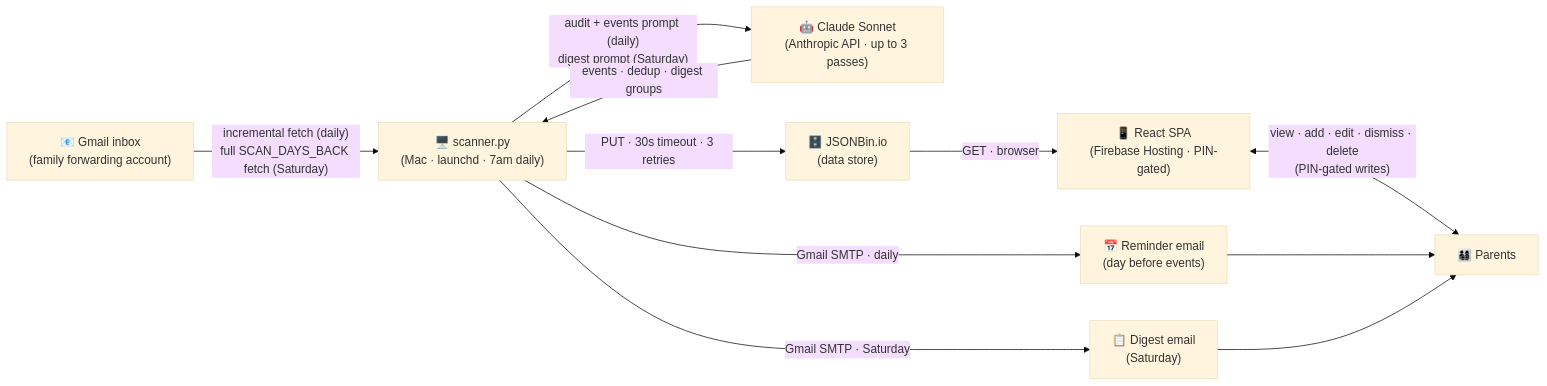
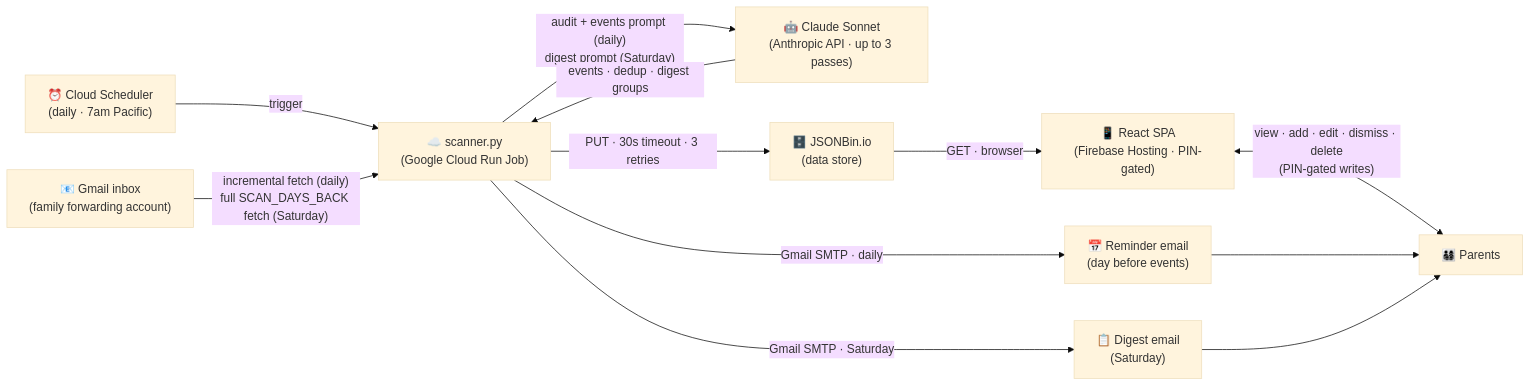
Before and after one commit to samundrud/family_inbox_digest: the diagram in README.md, drawn with Mermaid (base theme). The commit also changed other lines of this file and 5 other files, not shown here.

First line of the commit message:
Migrate scanner to Cloud Run + update README for public release

````diff
--- a/README.md
+++ b/README.md
@@ -12,22 +12,24 @@
 ```mermaid
 flowchart LR
+    Scheduler["⏰ Cloud Scheduler\n(daily · 7am Pacific)"]
     Gmail["📧 Gmail inbox\n(family forwarding account)"]
-    Scanner["🖥️ scanner.py\n(Mac · launchd · 7am daily)"]
+    Scanner["☁️ scanner.py\n(Google Cloud Run Job)"]
     Claude["🤖 Claude Sonnet\n(Anthropic API · up to 3 passes)"]
     JSONBin["🗄️ JSONBin.io\n(data store)"]
     Frontend["📱 React SPA\n(Firebase Hosting · PIN-gated)"]
     ReminderEmail["📅 Reminder email\n(day before events)"]
     DigestEmail["📋 Digest email\n(Saturday)"]
     Parents["👨‍👩‍👧‍👦 Parents"]
 
+    Scheduler -->|"trigger"| Scanner
     Gmail -->|"incremental fetch (daily)\nfull SCAN_DAYS_BACK fetch (Saturday)"| Scanner
     Scanner -->|"audit + events prompt (daily)\ndigest prompt (Saturday)"| Claude
     Claude -->|"events · dedup · digest groups"| Scanner
     Scanner -->|"PUT · 30s timeout · 3 retries"| JSONBin
     JSONBin -->|"GET · browser"| Frontend
     Frontend <-->|"view · add · edit · dismiss · delete\n(PIN-gated writes)"| Parents
     Scanner -->|"Gmail SMTP · daily"| ReminderEmail
     Scanner -->|"Gmail SMTP · Saturday"| DigestEmail
     ReminderEmail --> Parents
     DigestEmail --> Parents
 ```
````
